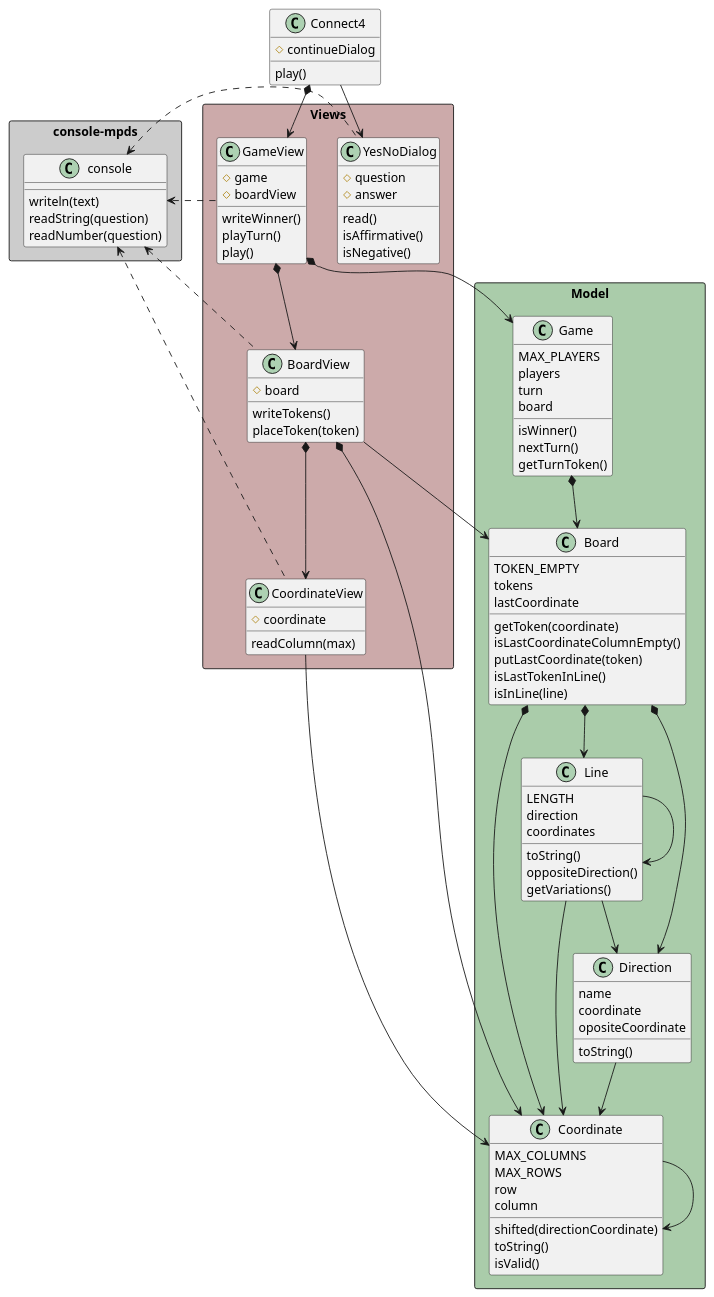
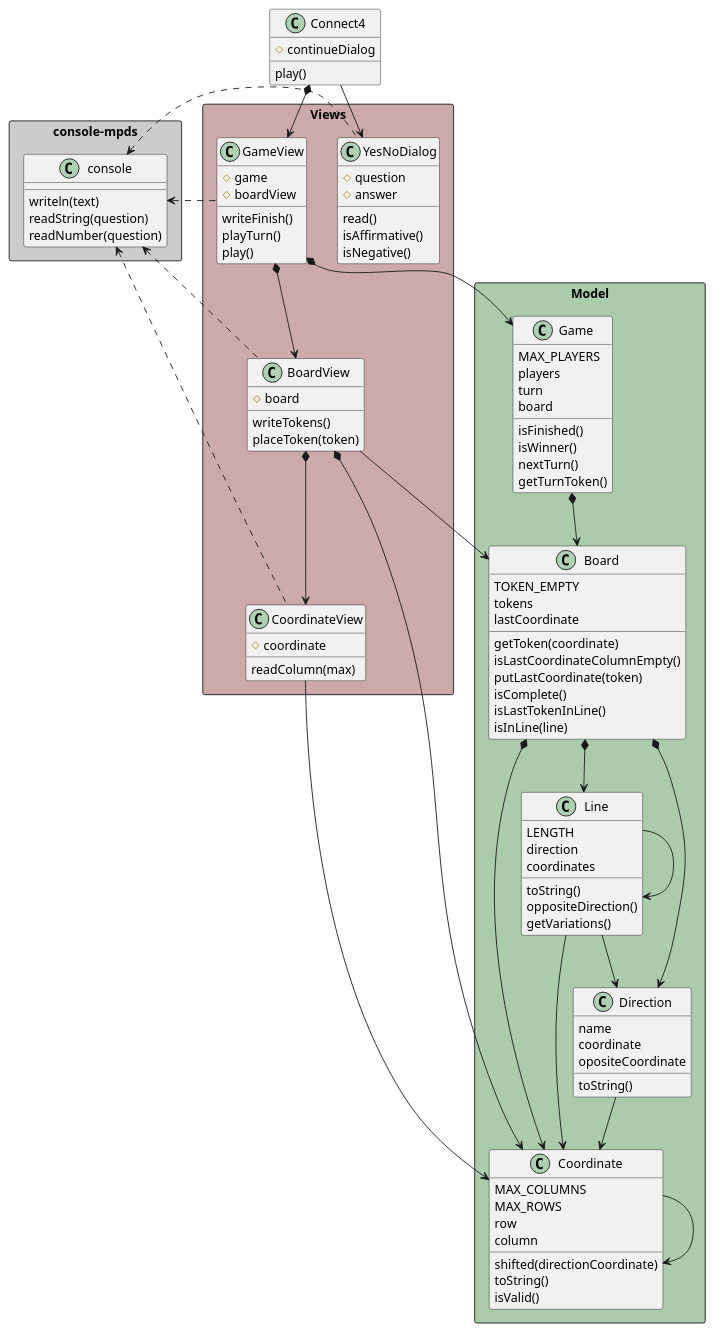
One commit to mpaulaherrero/escuelaIT changed the diagram in game-connect4/docs/diagrams/objectOriented/constructorFunction/class diagram.plantuml. Above: the diagram before and after it, drawn with PlantUML. The commit also changed 2 other files, not shown here.

```diff
--- a/game-connect4/docs/diagrams/objectOriented/constructorFunction/class diagram.plantuml
+++ b/game-connect4/docs/diagrams/objectOriented/constructorFunction/class diagram.plantuml
@@ -1,125 +1,127 @@
 @startuml connect4_constructorFunction_classdiagram
 
 package "console-mpds" <<Rectangle>> #ccc {
     class console {
         writeln(text)
         readString(question)
         readNumber(question)
     }
 }
 
 package "Model" <<Rectangle>> #aca {
     class Coordinate {
         MAX_COLUMNS
         MAX_ROWS
         row
         column
         shifted(directionCoordinate)
         toString()
         isValid()
     }
 
     class Direction {
         name
         coordinate
         opositeCoordinate
         toString()
     }
 
     class Line {
         LENGTH
         direction
         coordinates
         toString()
         oppositeDirection()
         getVariations()
     }
 
     class Board {
         TOKEN_EMPTY
         tokens
         lastCoordinate
         getToken(coordinate)
         isLastCoordinateColumnEmpty()
         putLastCoordinate(token)
+        isComplete()
         isLastTokenInLine()
         isInLine(line)
     }
 
     class Game {
         MAX_PLAYERS
         players
         turn
         board
+        isFinished()
         isWinner()
         nextTurn()
         getTurnToken()
     }
 }
 
 package "Views" <<Rectangle>> #caa {
     class CoordinateView {
         #coordinate
         readColumn(max)
     }
 
     class BoardView{
         #board
         writeTokens()
         placeToken(token)
     }
 
     class GameView {
         #game
         #boardView
-        writeWinner()
+        writeFinish()
         playTurn()
         play()
     }
 
     class YesNoDialog {
         #question
         #answer
         read()
         isAffirmative()
         isNegative()
     }
 }
 
 class Connect4 {
     #continueDialog
     play()
 }
 
 Coordinate -> Coordinate
 
 CoordinateView -> Coordinate
 
 Direction -down-> Coordinate
 
 Line -> Line
 Line -down-> Coordinate
 Line -down-> Direction
 
 Board *-down-> Coordinate
 Board *-down-> Direction
 Board *-down-> Line
 
 BoardView *-down-> CoordinateView
 BoardView -down-> Board
 BoardView *-down-> Coordinate
 
 Game *-down-> Board
 
 GameView *-down-> Game
 GameView *-down-> BoardView
 
 Connect4 -down-> YesNoDialog
 Connect4 *-down-> GameView
 
 YesNoDialog .-l-> console
 GameView .-l-> console
 BoardView .-l-> console
 CoordinateView .-l-> console
 
 @enduml
```
